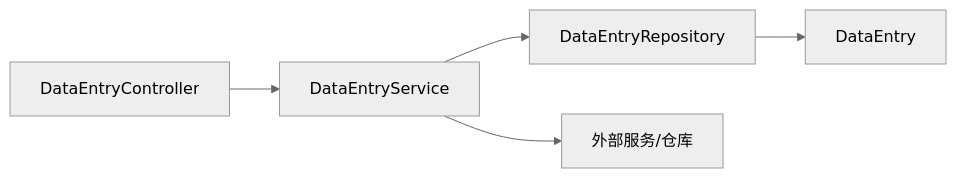
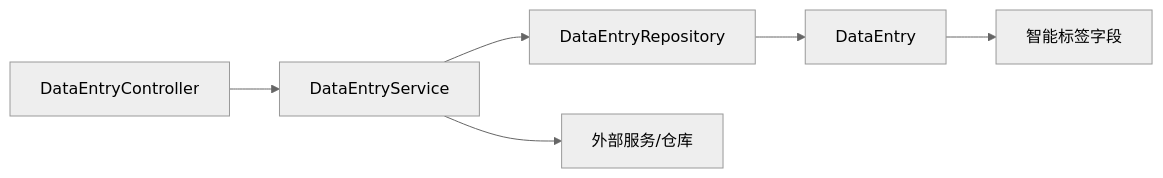
One commit to kinke0/ProductList changed the seventh of 7 diagrams in .qoder/repowiki/zh/content/后端架构设计/模块化架构/数据管理模块.md. Above: the diagram before and after it, drawn with Mermaid (neutral theme). The commit also changed other lines of this file and 106 other files, not shown here.

Commit message:
V1.1.0: 修复清单导航树不匹配+统计视图加载遮罩+上下移提示

````diff
--- a/.qoder/repowiki/zh/content/后端架构设计/模块化架构/数据管理模块.md
+++ b/.qoder/repowiki/zh/content/后端架构设计/模块化架构/数据管理模块.md
@@ -316,7 +386,8 @@
 ```mermaid
 graph LR
 Ctrl["DataEntryController"] --> Svc["DataEntryService"]
 Svc --> Repo["DataEntryRepository"]
 Svc --> Ext["外部服务/仓库"]
 Repo --> Entity["DataEntry"]
+Entity --> Intelligent["智能标签字段"]
 ```
````
